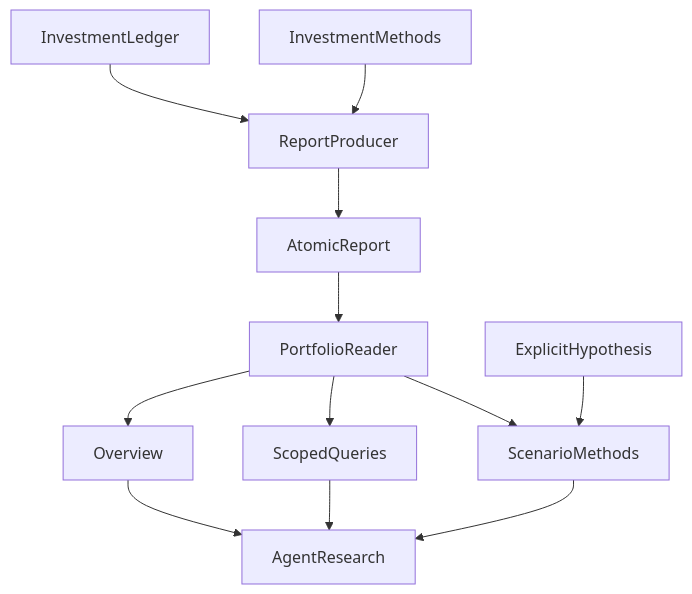
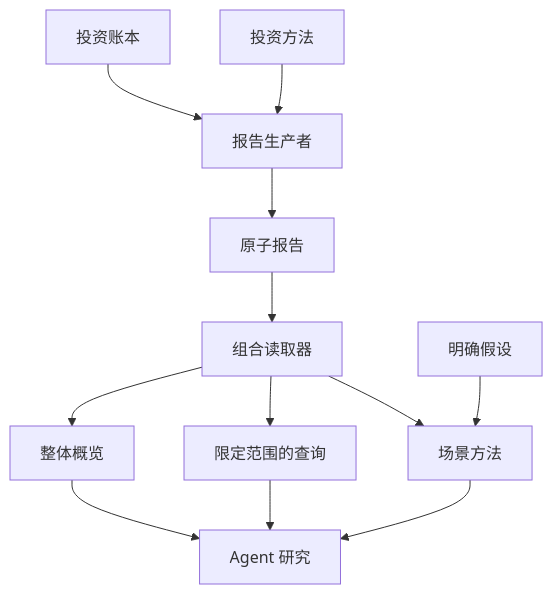
The diagram in articles/portfolio-mcp-readonly-investment-data.md (hpoenixf/eff-agent-article), drawn with Mermaid before and after one commit. The commit also changed 52 other files, not shown here.

Commit message:
docs: localize diagrams and clarify flagship guides

````diff
--- a/articles/portfolio-mcp-readonly-investment-data.md
+++ b/articles/portfolio-mcp-readonly-investment-data.md
@@ -19,14 +19,14 @@
 ```mermaid
 graph TD
-InvestmentLedger --> ReportProducer
-InvestmentMethods --> ReportProducer
-ReportProducer --> AtomicReport
-AtomicReport --> PortfolioReader
-PortfolioReader --> Overview
-PortfolioReader --> ScopedQueries
-PortfolioReader --> ScenarioMethods
-ExplicitHypothesis --> ScenarioMethods
-Overview --> AgentResearch
+InvestmentLedger["投资账本"] --> ReportProducer["报告生产者"]
+InvestmentMethods["投资方法"] --> ReportProducer
+ReportProducer --> AtomicReport["原子报告"]
+AtomicReport --> PortfolioReader["组合读取器"]
+PortfolioReader --> Overview["整体概览"]
+PortfolioReader --> ScopedQueries["限定范围的查询"]
+PortfolioReader --> ScenarioMethods["场景方法"]
+ExplicitHypothesis["明确假设"] --> ScenarioMethods
+Overview --> AgentResearch["Agent 研究"]
 ScopedQueries --> AgentResearch
 ScenarioMethods --> AgentResearch
 ```
````
